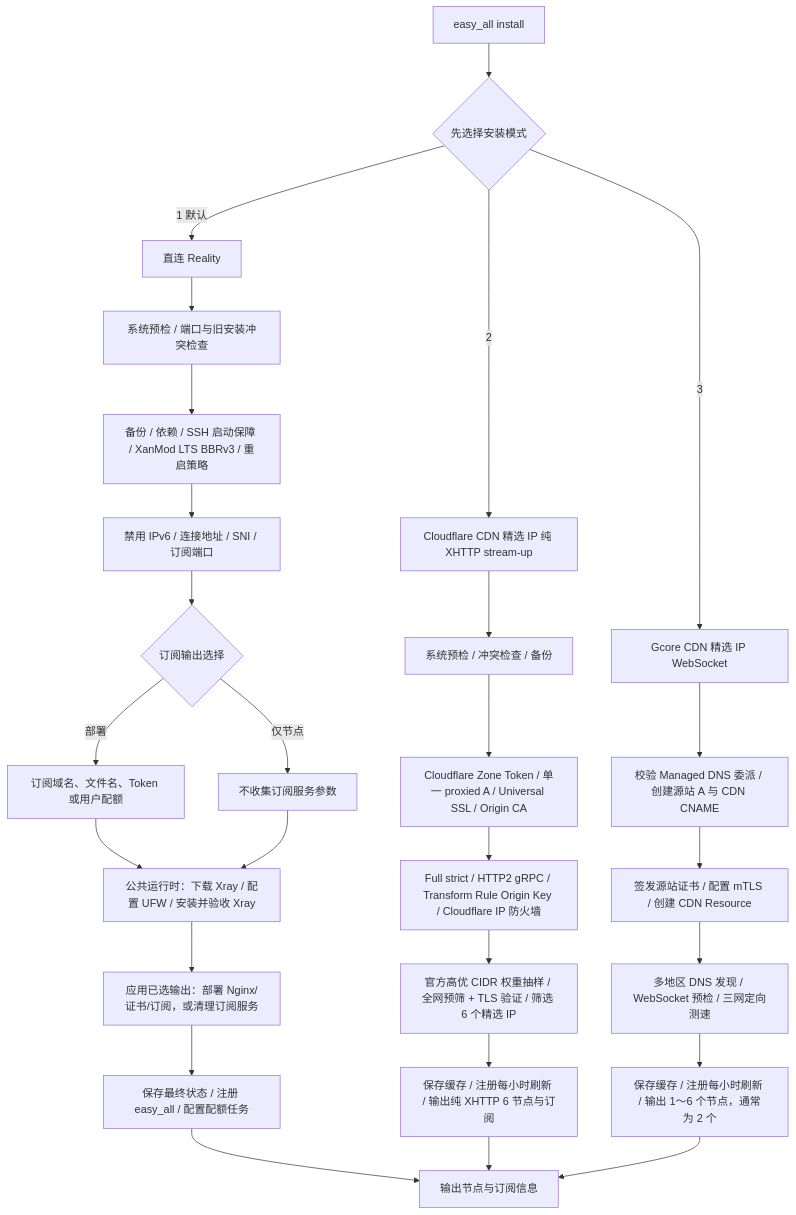
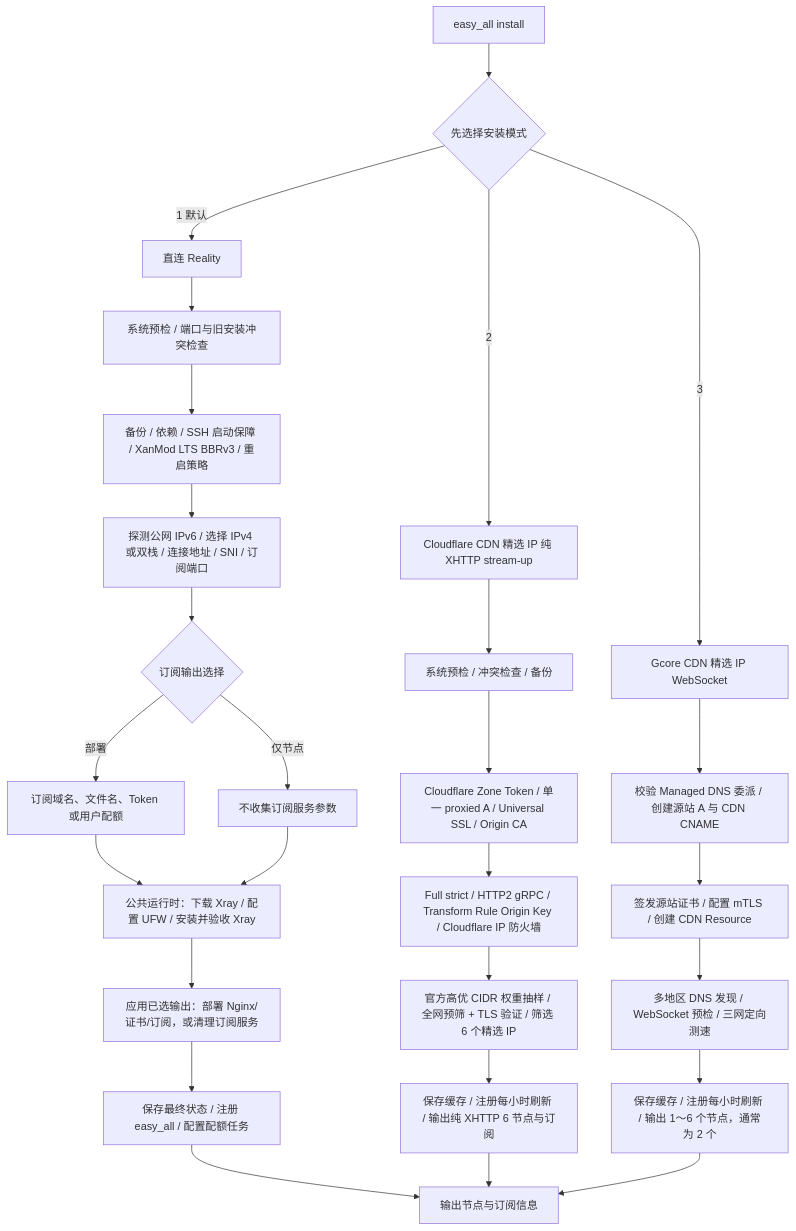
The diagram in README.md (v2yiz/easy_all), drawn with Mermaid before and after one commit. The commit also changed other lines of this file and 25 other files, not shown here.

````diff
--- a/README.md
+++ b/README.md
@@ -251,32 +251,32 @@
 ```mermaid
 flowchart TD
     A[easy_all install] --> B{先选择安装模式}
 
     B -->|1 默认| R0[直连 Reality]
     R0 --> R1[系统预检 / 端口与旧安装冲突检查]
     R1 --> R2[备份 / 依赖 / SSH 启动保障 / XanMod LTS BBRv3 / 重启策略]
-    R2 --> R3[禁用 IPv6 / 连接地址 / SNI / 订阅端口]
+    R2 --> R3[探测公网 IPv6 / 选择 IPv4 或双栈 / 连接地址 / SNI / 订阅端口]
     R3 --> R4{订阅输出选择}
     R4 -->|部署| R5[订阅域名、文件名、Token 或用户配额]
     R4 -->|仅节点| R6[不收集订阅服务参数]
     R5 --> R7[公共运行时：下载 Xray / 配置 UFW / 安装并验收 Xray]
     R6 --> R7
     R7 --> R8[应用已选输出：部署 Nginx/证书/订阅，或清理订阅服务]
     R8 --> R9[保存最终状态 / 注册 easy_all / 配置配额任务]
     R9 --> Z[输出节点与订阅信息]
 
     B -->|2| C0[Cloudflare CDN 精选 IP 纯 XHTTP stream-up]
     C0 --> C1[系统预检 / 冲突检查 / 备份]
     C1 --> C2[Cloudflare Zone Token / 单一 proxied A / Universal SSL / Origin CA]
     C2 --> C3[Full strict / HTTP2 gRPC / Transform Rule Origin Key / Cloudflare IP 防火墙]
     C3 --> C4[官方高优 CIDR 权重抽样 / 全网预筛 + TLS 验证 / 筛选 6 个精选 IP]
     C4 --> C5[保存缓存 / 注册每小时刷新 / 输出纯 XHTTP 6 节点与订阅]
     C5 --> Z
 
     B -->|3| G0[Gcore CDN 精选 IP WebSocket]
     G0 --> G1[校验 Managed DNS 委派 / 创建源站 A 与 CDN CNAME]
     G1 --> G2[签发源站证书 / 配置 mTLS / 创建 CDN Resource]
     G2 --> G3[多地区 DNS 发现 / WebSocket 预检 / 三网定向测速]
     G3 --> G4[保存缓存 / 注册每小时刷新 / 输出 1～6 个节点，通常为 2 个]
     G4 --> Z
 ```
````
